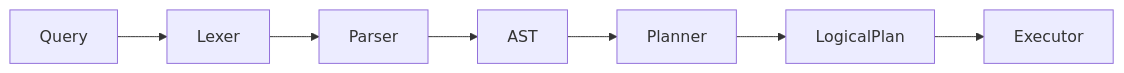
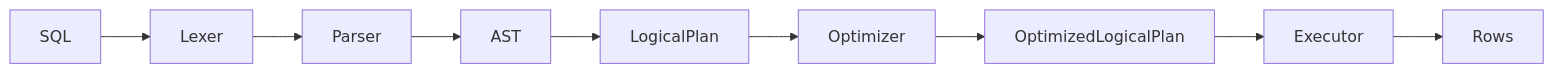
Before and after one commit to SarthakMakhija/tech-lessons-posts-v2: the diagram in src/content/blog/inside_a_query_engine_logical_plan.md, drawn with Mermaid. The commit also changed other lines of this file and 9 other files, not shown here.

````diff
--- a/src/content/blog/inside_a_query_engine_logical_plan.md
+++ b/src/content/blog/inside_a_query_engine_logical_plan.md
@@ -217,4 +217,4 @@
 ```mermaid
 graph LR
-    SQL[Query] --> Lexer --> Parser --> AST --> Planner --> LogicalPlan --> Executor
+    SQL --> Lexer --> Parser --> AST --> LogicalPlan --> Optimizer --> OptimizedLogicalPlan --> Executor --> Rows
 ```
````
